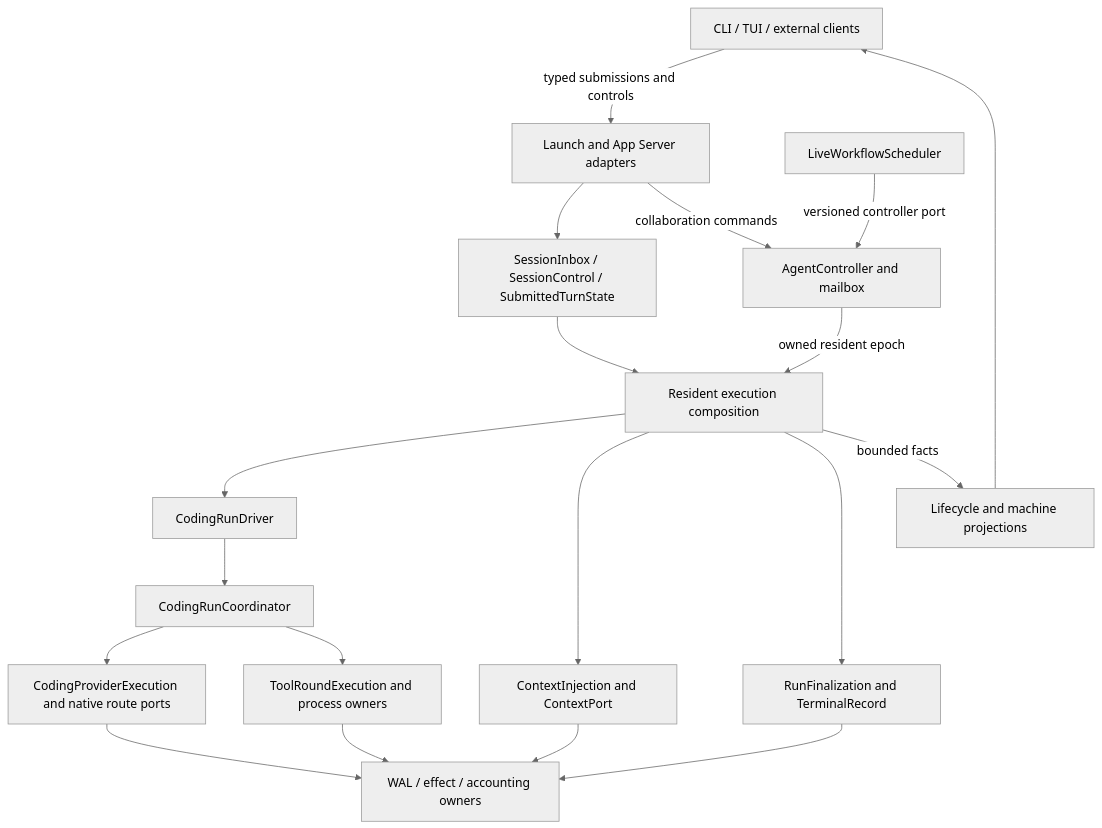
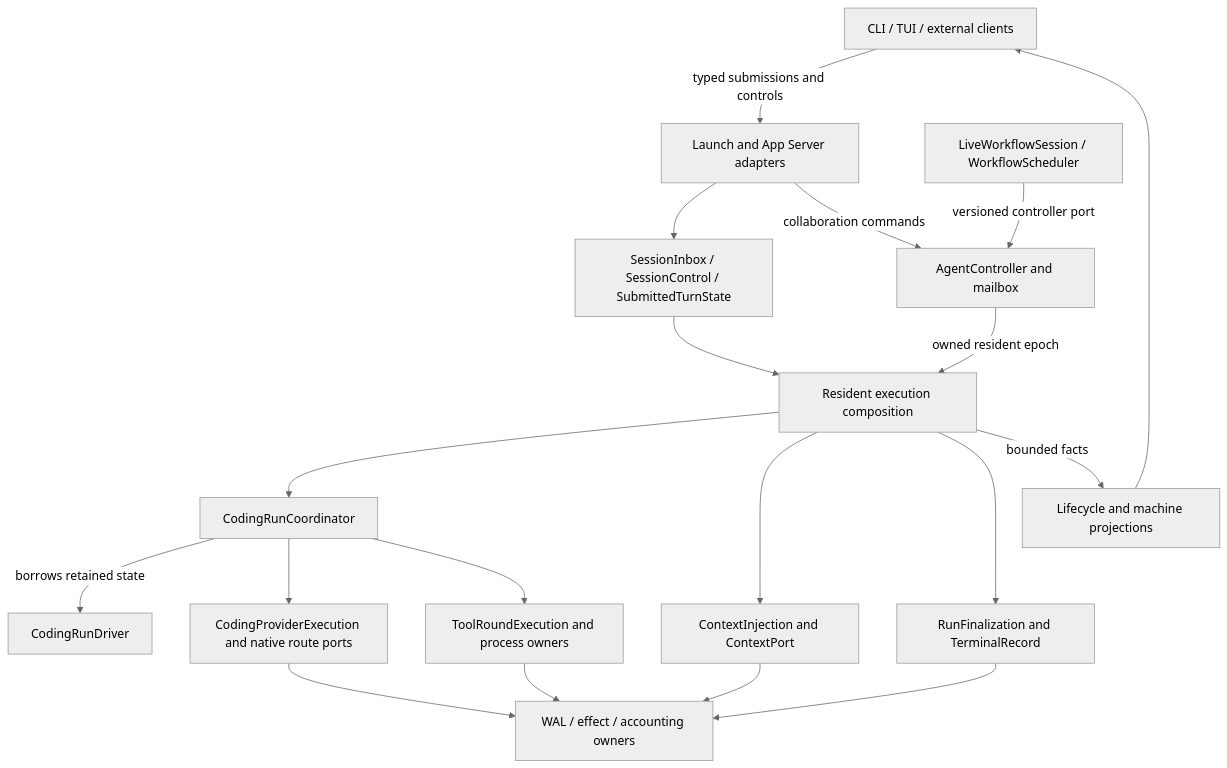
One commit to Plantcore-AI/Iteron changed the diagram in docs/architecture.md. Above: the diagram before and after it, drawn with Mermaid (neutral theme). The commit also changed other lines of this file and 1 other file, not shown here.

Commit message:
Ground architecture overview in retained runtime and scoped host ownership

````diff
--- a/docs/architecture.md
+++ b/docs/architecture.md
@@ -15,21 +15,21 @@
 ```mermaid
 flowchart TD
     Front[CLI / TUI / external clients] -->|typed submissions and controls| Host[Launch and App Server adapters]
     Host --> Ingress[SessionInbox / SessionControl / SubmittedTurnState]
     Ingress --> Resident[Resident execution composition]
-    Resident --> Driver[CodingRunDriver]
-    Driver --> Coordinator[CodingRunCoordinator]
+    Resident --> Coordinator[CodingRunCoordinator]
+    Coordinator -->|borrows retained state| Driver[CodingRunDriver]
     Resident --> Context[ContextInjection and ContextPort]
     Coordinator --> Provider[CodingProviderExecution and native route ports]
     Coordinator --> Tools[ToolRoundExecution and process owners]
     Resident --> Terminal[RunFinalization and TerminalRecord]
     Host -->|collaboration commands| Controller[AgentController and mailbox]
-    Scheduler[LiveWorkflowScheduler] -->|versioned controller port| Controller
+    Scheduler[LiveWorkflowSession / WorkflowScheduler] -->|versioned controller port| Controller
     Controller -->|owned resident epoch| Resident
     Context --> Journal[WAL / effect / accounting owners]
     Provider --> Journal
     Tools --> Journal
     Terminal --> Journal
     Resident -->|bounded facts| Projection[Lifecycle and machine projections]
     Projection --> Front
 ```
````
